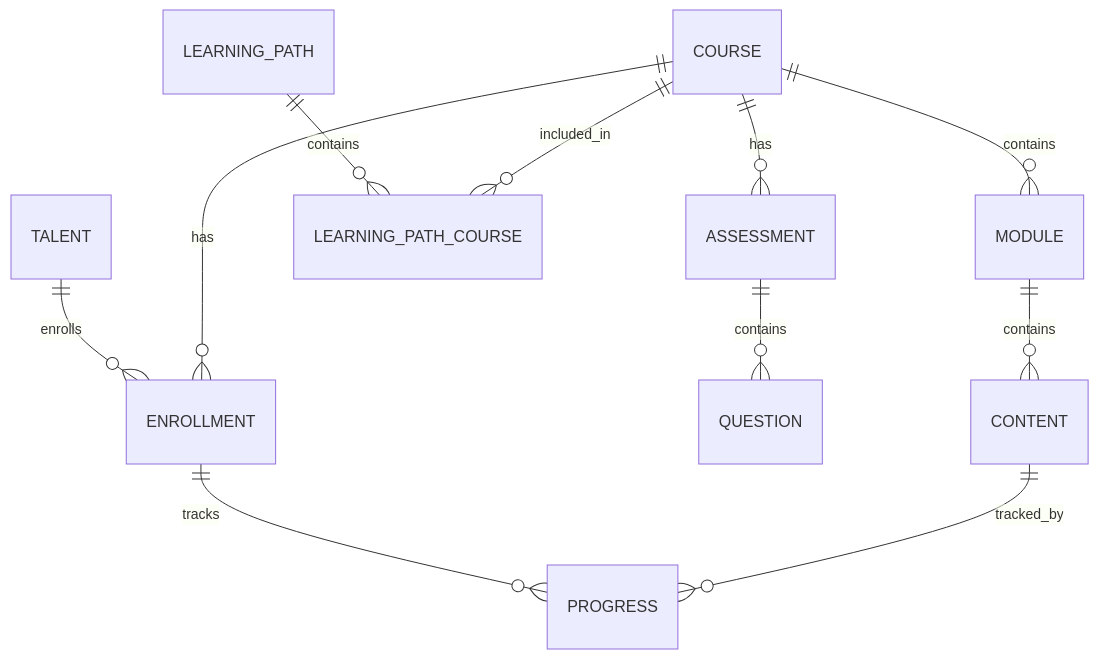
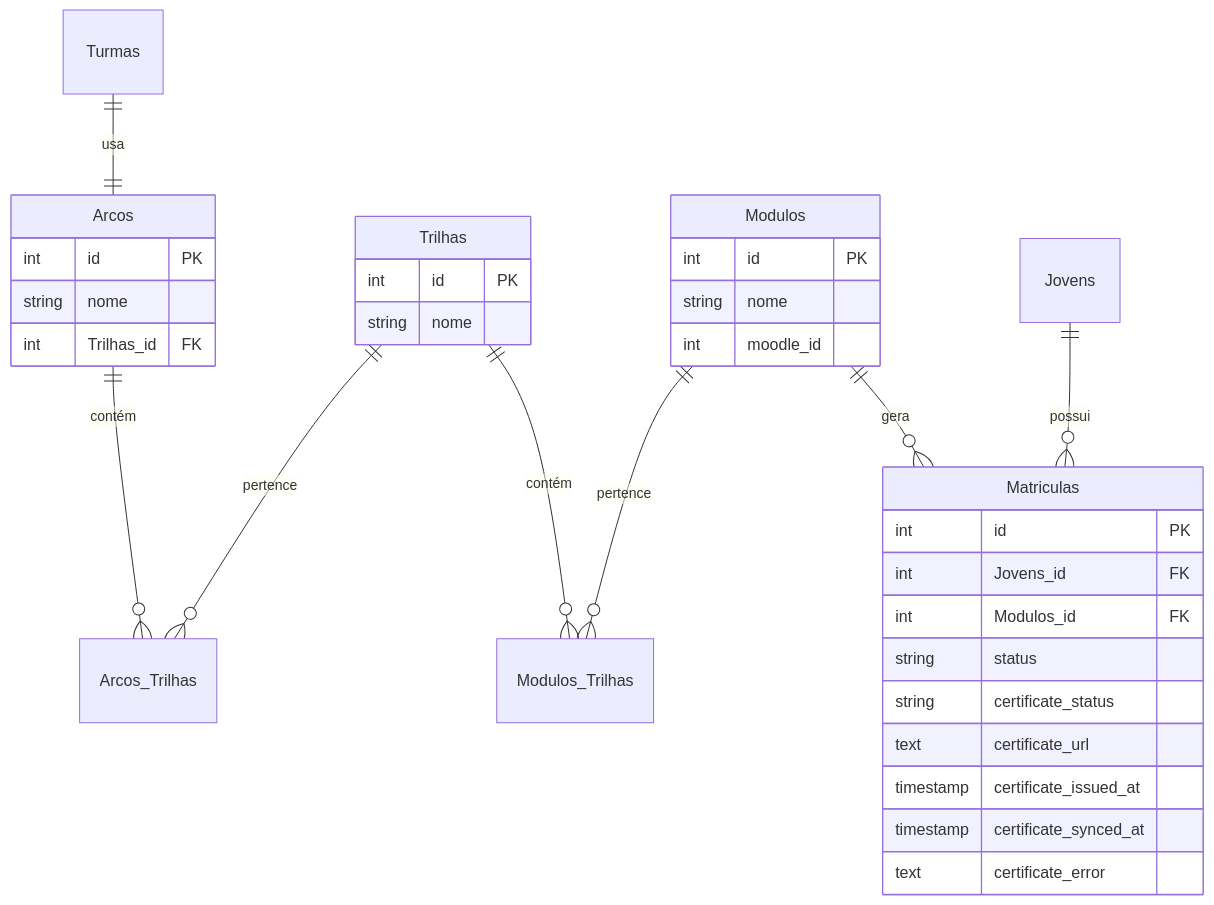
Before and after one commit to leapy-edtech/docs: the first of 2 diagrams in documentation/domains/courses-content/data-model.mdx, drawn with Mermaid. The commit also changed other lines of this file and 15 other files, not shown here.

````diff
--- a/documentation/domains/courses-content/data-model.mdx
+++ b/documentation/domains/courses-content/data-model.mdx
@@ -8,15 +12,39 @@
 ```mermaid
 erDiagram
-    COURSE ||--o{ MODULE : contains
-    MODULE ||--o{ CONTENT : contains
-    COURSE ||--o{ ASSESSMENT : has
-    ASSESSMENT ||--o{ QUESTION : contains
-    
-    LEARNING_PATH ||--o{ LEARNING_PATH_COURSE : contains
-    COURSE ||--o{ LEARNING_PATH_COURSE : included_in
-    
-    TALENT ||--o{ ENROLLMENT : enrolls
-    COURSE ||--o{ ENROLLMENT : has
-    ENROLLMENT ||--o{ PROGRESS : tracks
-    CONTENT ||--o{ PROGRESS : tracked_by
+    Arcos ||--o{ Arcos_Trilhas : contém
+    Trilhas ||--o{ Arcos_Trilhas : pertence
+    Trilhas ||--o{ Modulos_Trilhas : contém
+    Modulos ||--o{ Modulos_Trilhas : pertence
+    Jovens ||--o{ Matriculas : possui
+    Modulos ||--o{ Matriculas : gera
+    Turmas ||--|| Arcos : usa
+
+    Arcos {
+        int id PK
+        string nome
+        int Trilhas_id FK
+    }
+
+    Trilhas {
+        int id PK
+        string nome
+    }
+
+    Modulos {
+        int id PK
+        string nome
+        int moodle_id
+    }
+
+    Matriculas {
+        int id PK
+        int Jovens_id FK
+        int Modulos_id FK
+        string status
+        string certificate_status
+        text certificate_url
+        timestamp certificate_issued_at
+        timestamp certificate_synced_at
+        text certificate_error
+    }
 ```
````
